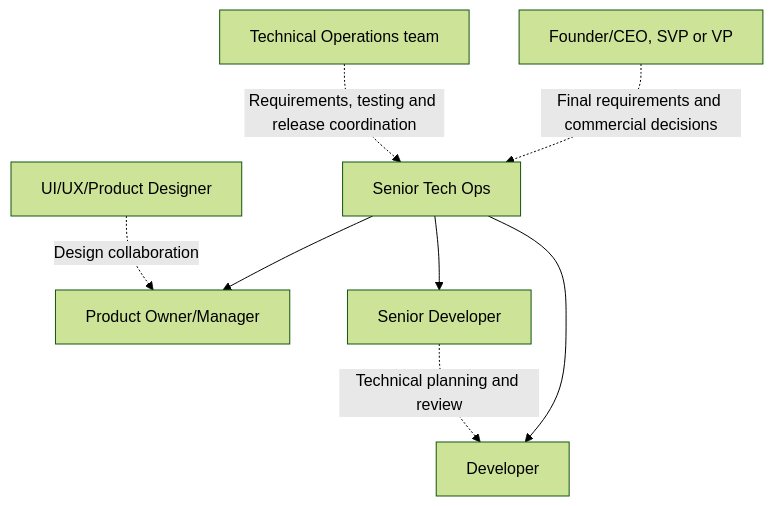
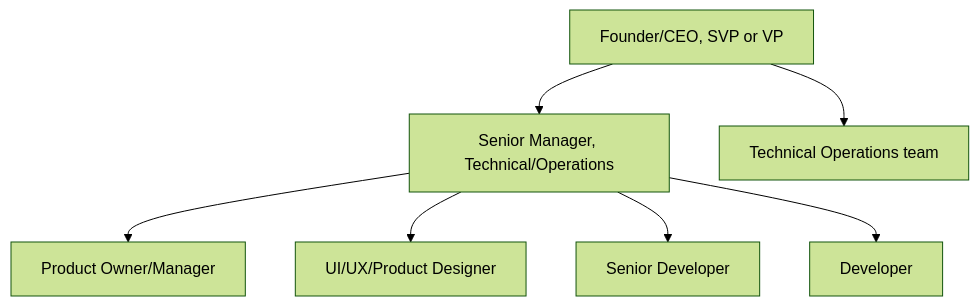
Before and after one commit to NextEdgelabs/nextedge-docs: the diagram in company/organization.mdx, drawn with Mermaid (forest theme). The commit also changed other lines of this file and 14 other files, not shown here.

````diff
--- a/company/organization.mdx
+++ b/company/organization.mdx
@@ -17,10 +17,9 @@
 ```mermaid
 flowchart TB
-  L["Founder/CEO, SVP or VP"] -. Final requirements and commercial decisions .-> S["Senior Tech Ops"]
+  L["Founder/CEO, SVP or VP"] --> S["Senior Manager, Technical/Operations"]
+  L --> T["Technical Operations team"]
   S --> P["Product Owner/Manager"]
+  S --> U["UI/UX/Product Designer"]
   S --> R["Senior Developer"]
   S --> D["Developer"]
-  R -. Technical planning and review .-> D
-  T["Technical Operations team"] -. Requirements, testing and release coordination .-> S
-  U["UI/UX/Product Designer"] -. Design collaboration .-> P
 ```
````
